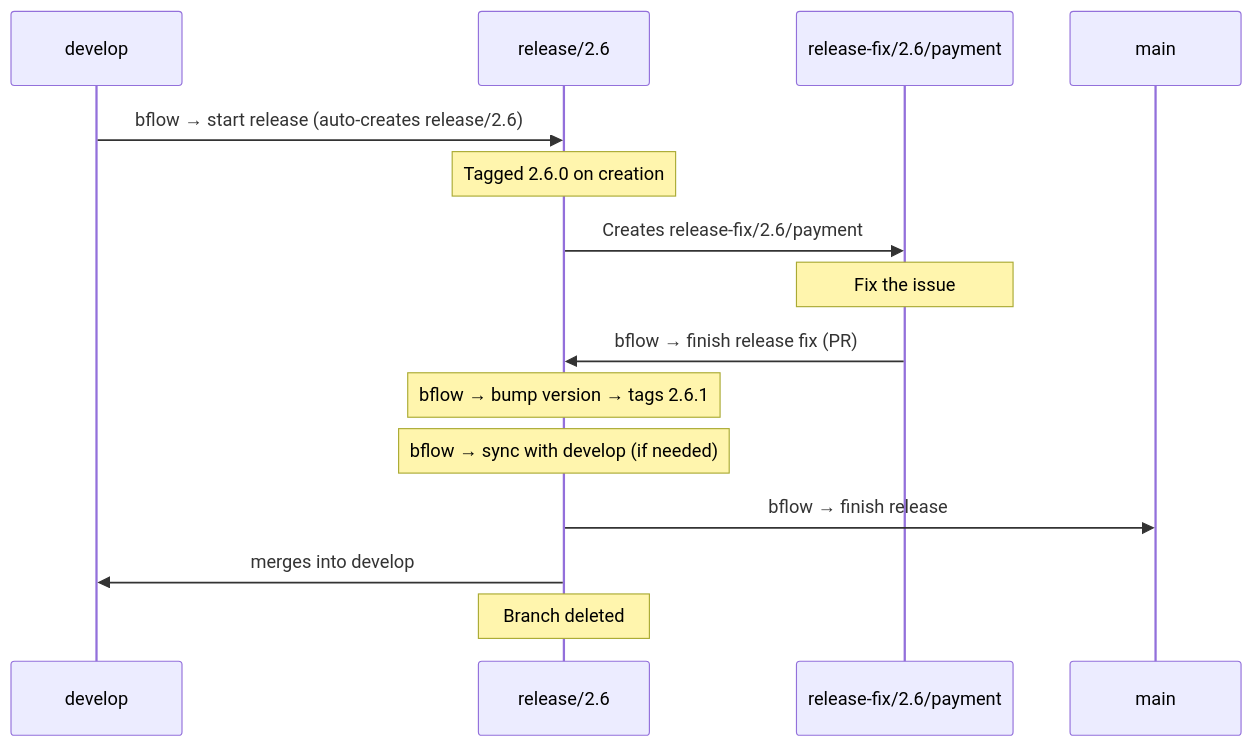
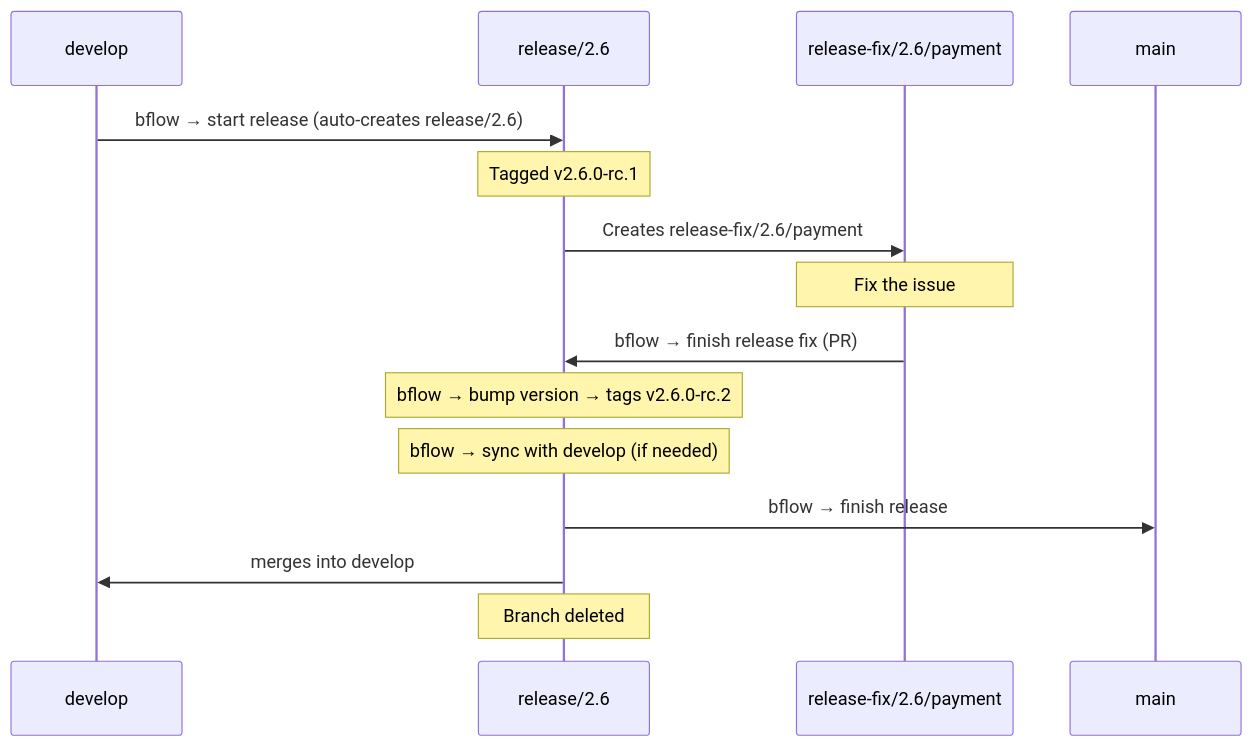
Before and after one commit to Beans-BV/beans-gitflow: the third of 6 diagrams in README.md, drawn with Mermaid. The commit also changed other lines of this file, not shown here.

````diff
--- a/README.md
+++ b/README.md
@@ -222,18 +222,18 @@
 ```mermaid
 sequenceDiagram
     participant D as develop
     participant R as release/2.6
     participant RF as release-fix/2.6/payment
     participant M as main
 
     D->>R: bflow → start release (auto-creates release/2.6)
-    Note over R: Tagged 2.6.0 on creation
+    Note over R: Tagged v2.6.0-rc.1
     R->>RF: Creates release-fix/2.6/payment
     Note over RF: Fix the issue
     RF->>R: bflow → finish release fix (PR)
-    Note over R: bflow → bump version → tags 2.6.1
+    Note over R: bflow → bump version → tags v2.6.0-rc.2
     Note over R: bflow → sync with develop (if needed)
     R->>M: bflow → finish release
     R->>D: merges into develop
     Note over R: Branch deleted
 ```
````
